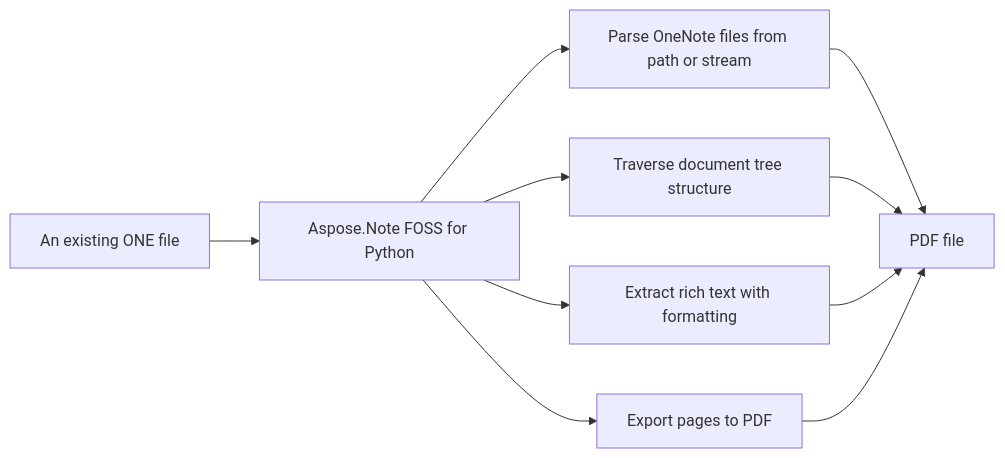
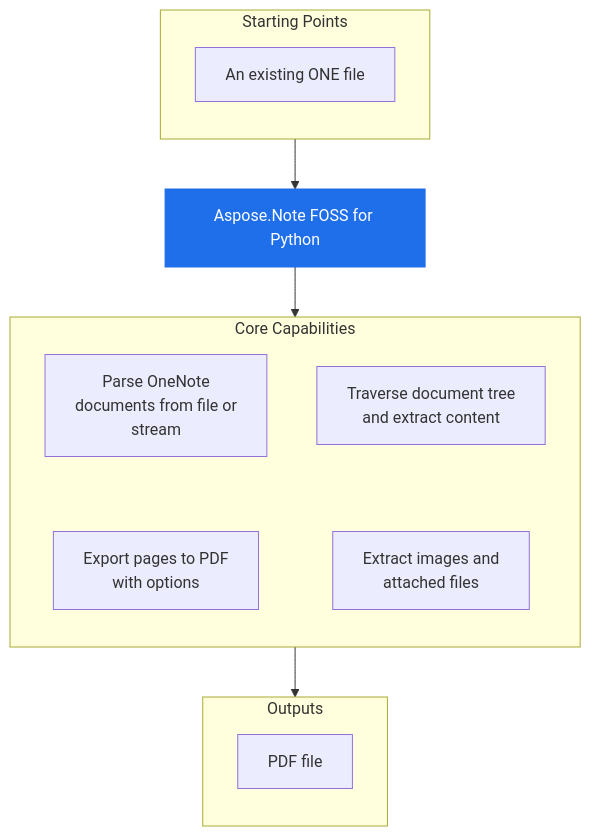
The diagram in 0fd1cf7bcadb279a6dd73ddcba3d5241376badd3/README.md (babar-raza/repo-presenter), drawn with Mermaid before and after one commit. The commit also changed other lines of this file and 11 other files, not shown here.

Commit message:
bundle: aspose-note-foss/Aspose.Note-FOSS-for-Python lane R 0fd1cf7bcadb279a6dd73ddcba3d5241376badd3

````diff
--- a/0fd1cf7bcadb279a6dd73ddcba3d5241376badd3/README.md
+++ b/0fd1cf7bcadb279a6dd73ddcba3d5241376badd3/README.md
@@ -26,16 +26,24 @@
 ```mermaid
-flowchart LR
-Start["An existing ONE file"]
-Start --> Product["Aspose.Note FOSS for Python"]
-Product["Aspose.Note FOSS for Python"] --> Cap1["Parse OneNote files from path or stream"]
-Cap2["Traverse document tree structure"]
-Cap3["Extract rich text with formatting"]
-Cap4["Export pages to PDF"]
-Product["Aspose.Note FOSS for Python"] --> Cap2["Traverse document tree structure"]
-Product["Aspose.Note FOSS for Python"] --> Cap3["Extract rich text with formatting"]
-Product["Aspose.Note FOSS for Python"] --> Cap4["Export pages to PDF"]
-Cap1["Parse OneNote files from path or stream"] --> Output["PDF file"]
-Cap2["Traverse document tree structure"] --> Output["PDF file"]
-Cap3["Extract rich text with formatting"] --> Output["PDF file"]
-Cap4["Export pages to PDF"] --> Output["PDF file"]
+flowchart TB
+  subgraph StartingPoints["Starting Points"]
+    direction TB
+    i1["An existing ONE file"]
+  end
+  PRODUCT["Aspose.Note FOSS for Python"]
+  subgraph Capabilities["Core Capabilities"]
+    direction TB
+    c1["Parse OneNote<br/>documents from file or<br/>stream"]
+    c2["Traverse document tree<br/>and extract content"]
+    c3["Export pages to PDF<br/>with options"]
+    c4["Extract images and<br/>attached files"]
+    c1 ~~~ c3
+    c2 ~~~ c4
+  end
+  subgraph Outputs["Outputs"]
+    direction TB
+    o1["PDF file"]
+  end
+  StartingPoints --> PRODUCT --> Capabilities --> Outputs
+  classDef product fill:#1f6feb,stroke:#1f6feb,color:#ffffff
+  class PRODUCT product
 ```
````
